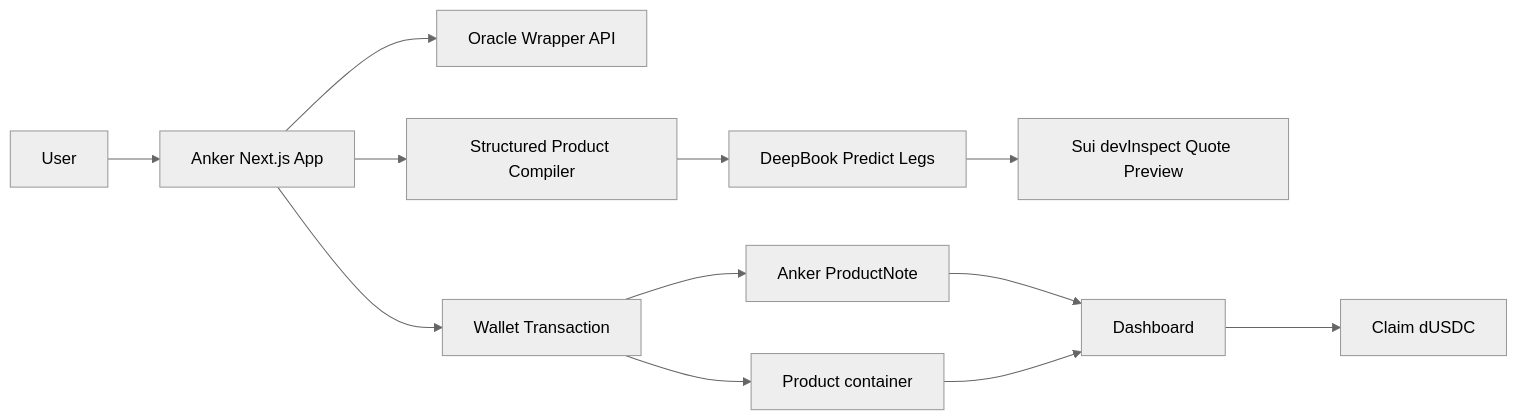
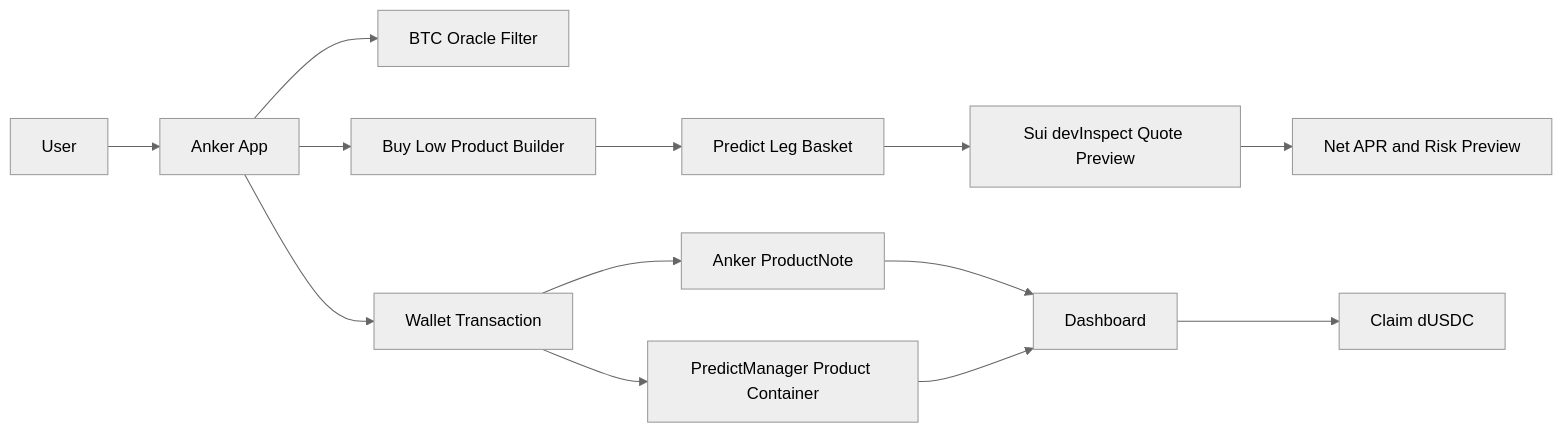
Before and after one commit to cl-fi/AnkerProtocol: the diagram in README.md, drawn with Mermaid (neutral theme). The commit also changed other lines of this file and 13 other files, not shown here.

````diff
--- a/README.md
+++ b/README.md
@@ -193,14 +359,15 @@
 ```mermaid
 flowchart LR
-  A["User"] --> B["Anker Next.js App"]
-  B --> C["Oracle Wrapper API"]
-  B --> D["Structured Product Compiler"]
-  D --> E["DeepBook Predict Legs"]
+  A["User"] --> B["Anker App"]
+  B --> C["BTC Oracle Filter"]
+  B --> D["Buy Low Product Builder"]
+  D --> E["Predict Leg Basket"]
   E --> F["Sui devInspect Quote Preview"]
-  B --> G["Wallet Transaction"]
-  G --> H["Product container"]
-  G --> I["Anker ProductNote"]
-  I --> J["Dashboard"]
-  H --> J
-  J --> K["Claim dUSDC"]
+  F --> G["Net APR and Risk Preview"]
+  B --> H["Wallet Transaction"]
+  H --> I["PredictManager Product Container"]
+  H --> J["Anker ProductNote"]
+  J --> K["Dashboard"]
+  I --> K
+  K --> L["Claim dUSDC"]
 ```
````
